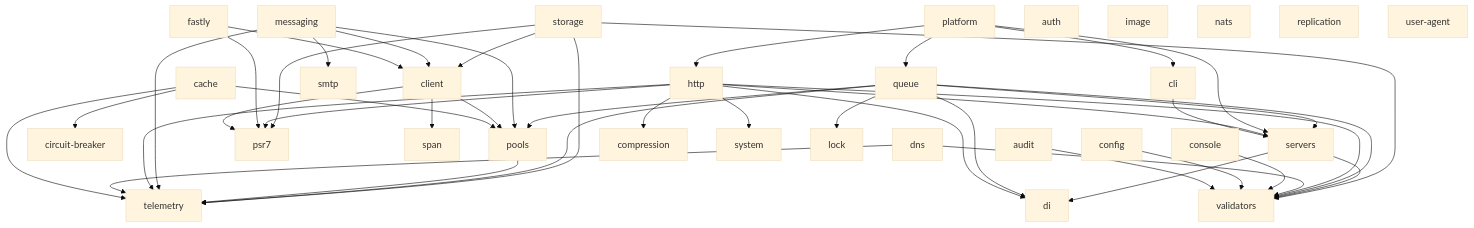
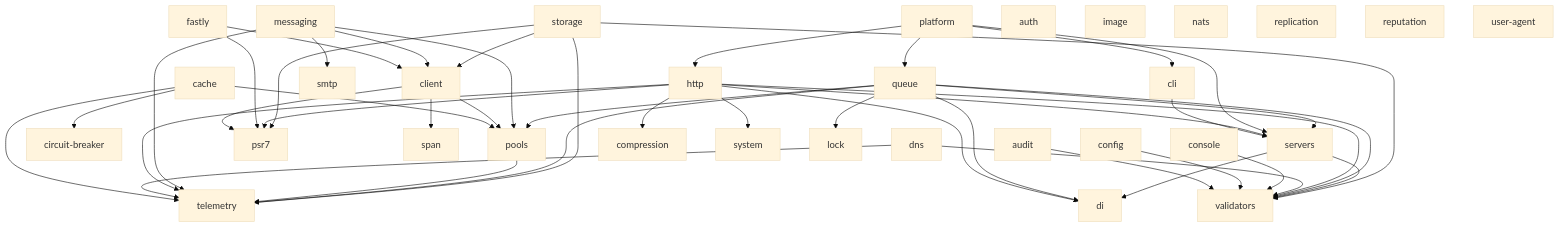
The diagram in README.md (utopia-php/monorepo), drawn with Mermaid (base theme) before and after one commit. The commit also changed 13 other files, not shown here.

````diff
--- a/README.md
+++ b/README.md
@@ -48,50 +48,51 @@
 ```mermaid
 graph TD
     audit --> validators
     cache --> circuit-breaker
     cache --> pools
     cache --> telemetry
     cli --> servers
     client --> pools
     client --> psr7
     client --> span
     config --> validators
     console --> validators
     dns --> telemetry
     dns --> validators
     fastly --> client
     fastly --> psr7
     http --> di
     http --> servers
     http --> compression
     http --> psr7
     http --> telemetry
     http --> validators
     http --> system
     messaging --> client
     messaging --> pools
     messaging --> smtp
     messaging --> telemetry
     platform --> cli
     platform --> http
     platform --> queue
     platform --> servers
     pools --> telemetry
     queue --> di
     queue --> lock
     queue --> servers
     queue --> pools
     queue --> telemetry
     queue --> validators
     servers --> di
     servers --> validators
     storage --> telemetry
     storage --> validators
     storage --> client
     storage --> psr7
     auth
     image
     nats
     replication
+    reputation
     user-agent
 ```
````
